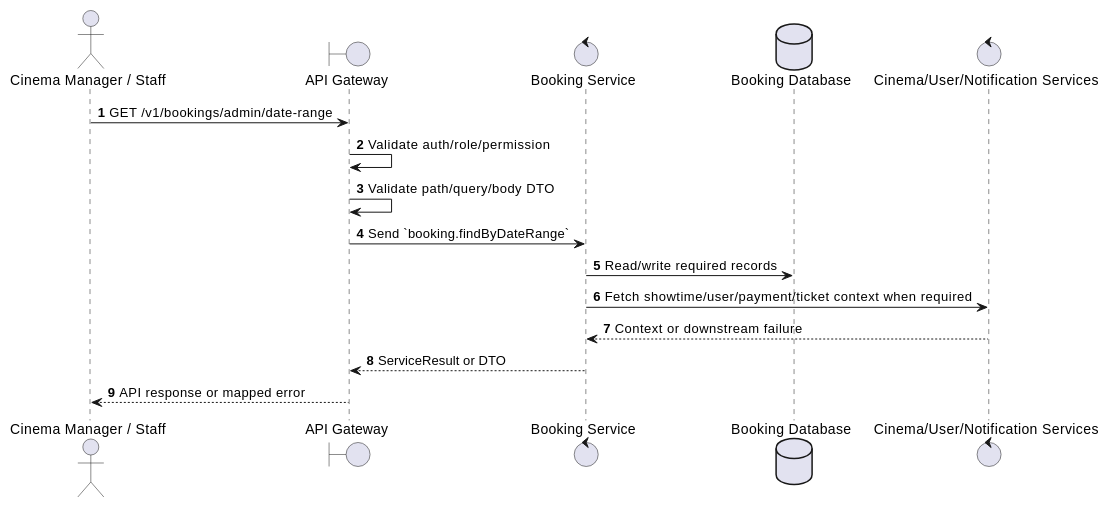
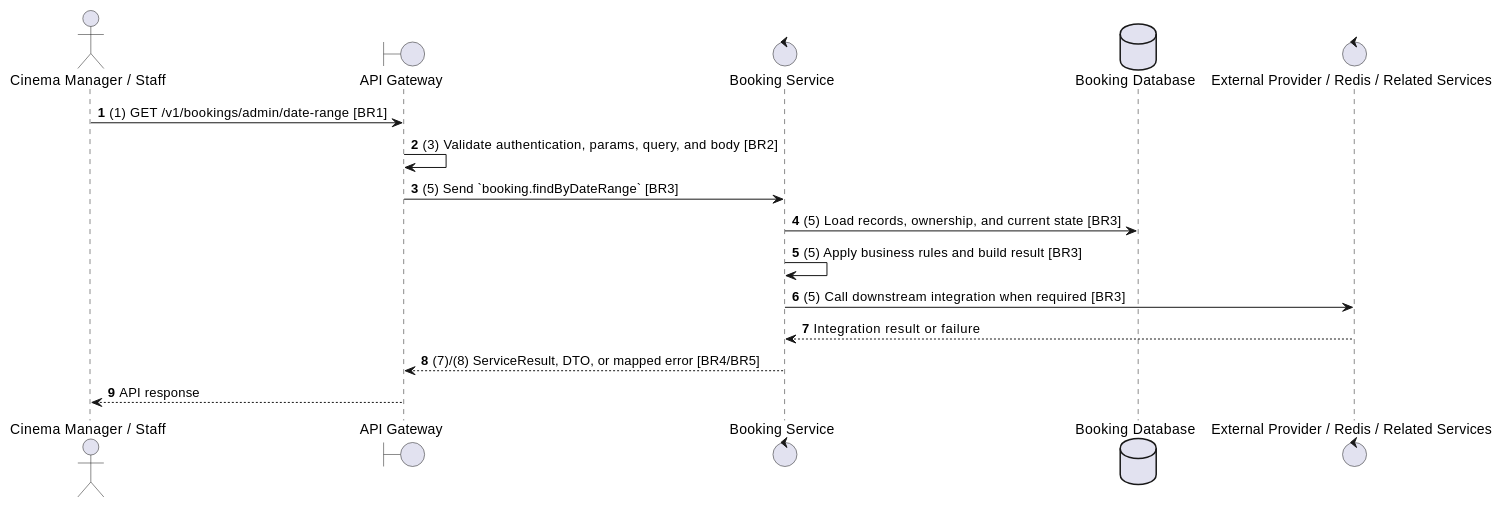
The second of 2 diagrams in docs/functional_specs/3.5.2_Admin_Booking_Operations/BK-A03_Find_Bookings_by_Date_Range.md (Tanh1603/movie-hub-architecture), drawn with PlantUML before and after one commit. The commit also changed other lines of this file and 129 other files, not shown here.

````diff
--- a/docs/functional_specs/3.5.2_Admin_Booking_Operations/BK-A03_Find_Bookings_by_Date_Range.md
+++ b/docs/functional_specs/3.5.2_Admin_Booking_Operations/BK-A03_Find_Bookings_by_Date_Range.md
@@ -17,20 +64,20 @@
 ```plantuml
 @startuml
 autonumber
 actor "Cinema Manager / Staff" as Actor
 boundary "API Gateway" as GW
 control "Booking Service" as SVC
 database "Booking Database" as DB
-control "Cinema/User/Notification Services" as EXT
+control "External Provider / Redis / Related Services" as EXT
 
-Actor -> GW: GET /v1/bookings/admin/date-range
-GW -> GW: Validate auth/role/permission
-GW -> GW: Validate path/query/body DTO
-GW -> SVC: Send `booking.findByDateRange`
-SVC -> DB: Read/write required records
-SVC -> EXT: Fetch showtime/user/payment/ticket context when required
-EXT --> SVC: Context or downstream failure
-SVC --> GW: ServiceResult or DTO
-GW --> Actor: API response or mapped error
+Actor -> GW: (1) GET /v1/bookings/admin/date-range [BR1]
+GW -> GW: (3) Validate authentication, params, query, and body [BR2]
+GW -> SVC: (5) Send `booking.findByDateRange` [BR3]
+SVC -> DB: (5) Load records, ownership, and current state [BR3]
+SVC -> SVC: (5) Apply business rules and build result [BR3]
+SVC -> EXT: (5) Call downstream integration when required [BR3]
+EXT --> SVC: Integration result or failure
+SVC --> GW: (7)/(8) ServiceResult, DTO, or mapped error [BR4/BR5]
+GW --> Actor: API response
 @enduml
 ```
````
